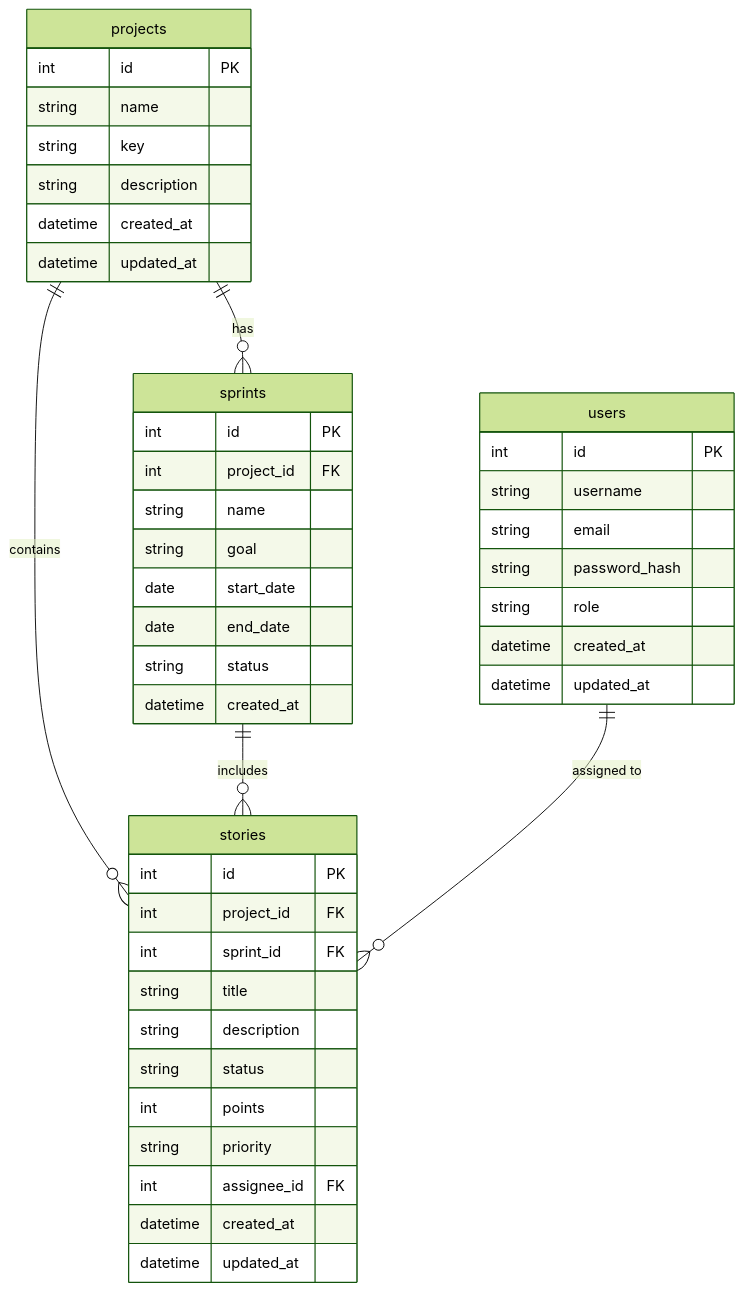
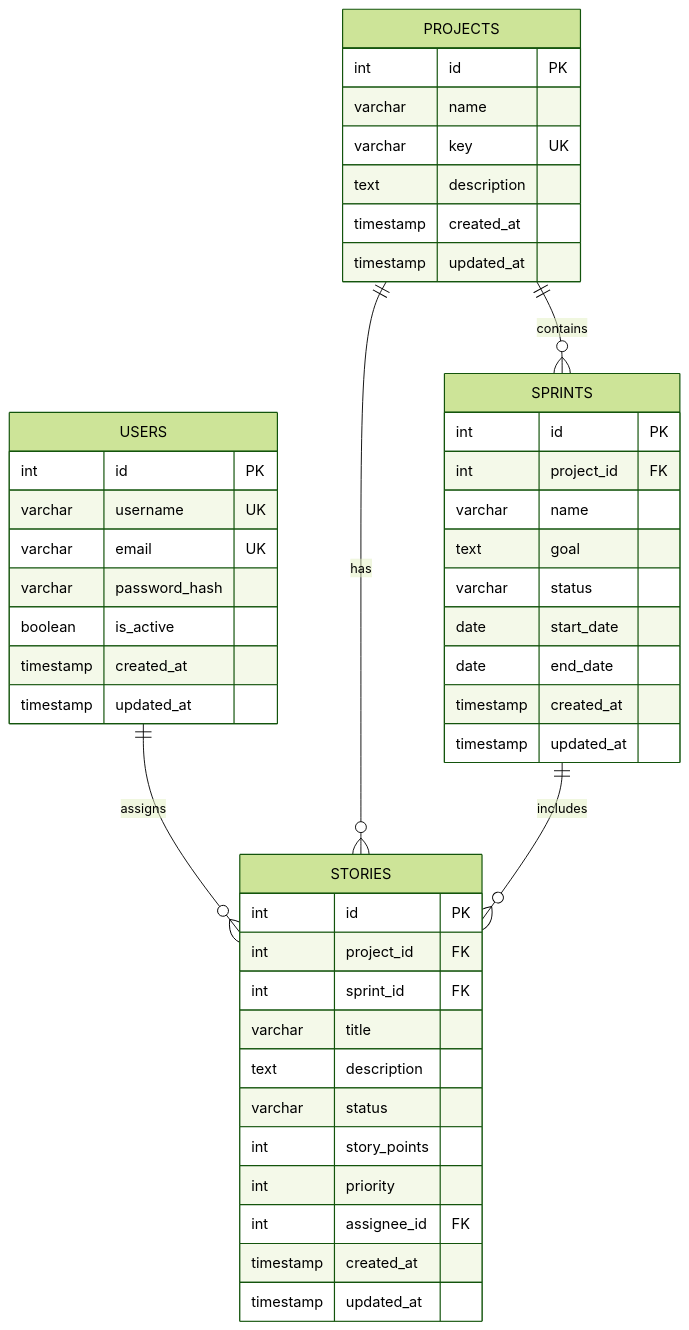
The diagram in doc/database.md (yorkdick/gira), drawn with Mermaid (forest theme) before and after one commit. The commit also changed other lines of this file and 60 other files, not shown here.

````diff
--- a/doc/database.md
+++ b/doc/database.md
@@ -5,51 +5,52 @@
 ```mermaid
 erDiagram
-    users {
+    USERS ||--o{ STORIES : assigns
+    PROJECTS ||--o{ SPRINTS : contains
+    PROJECTS ||--o{ STORIES : has
+    SPRINTS ||--o{ STORIES : includes
+
+    USERS {
         int id PK
-        string username
-        string email
-        string password_hash
-        string role
-        datetime created_at
-        datetime updated_at
+        varchar username UK
+        varchar email UK
+        varchar password_hash
+        boolean is_active
+        timestamp created_at
+        timestamp updated_at
     }
 
-    projects {
+    PROJECTS {
         int id PK
-        string name
-        string key
-        string description
-        datetime created_at
-        datetime updated_at
+        varchar name
+        varchar key UK
+        text description
+        timestamp created_at
+        timestamp updated_at
     }
 
-    sprints {
+    SPRINTS {
         int id PK
         int project_id FK
-        string name
-        string goal
+        varchar name
+        text goal
+        varchar status
         date start_date
         date end_date
-        string status
-        datetime created_at
+        timestamp created_at
+        timestamp updated_at
     }
 
-    stories {
+    STORIES {
         int id PK
         int project_id FK
         int sprint_id FK
-        string title
-        string description
-        string status
-        int points
-        string priority
+        varchar title
+        text description
+        varchar status
+        int story_points
+        int priority
         int assignee_id FK
-        datetime created_at
-        datetime updated_at
+        timestamp created_at
+        timestamp updated_at
     }
-
-    projects ||--o{ sprints : "has"
-    projects ||--o{ stories : "contains"
-    sprints ||--o{ stories : "includes"
-    users ||--o{ stories : "assigned to"
 ```
````
